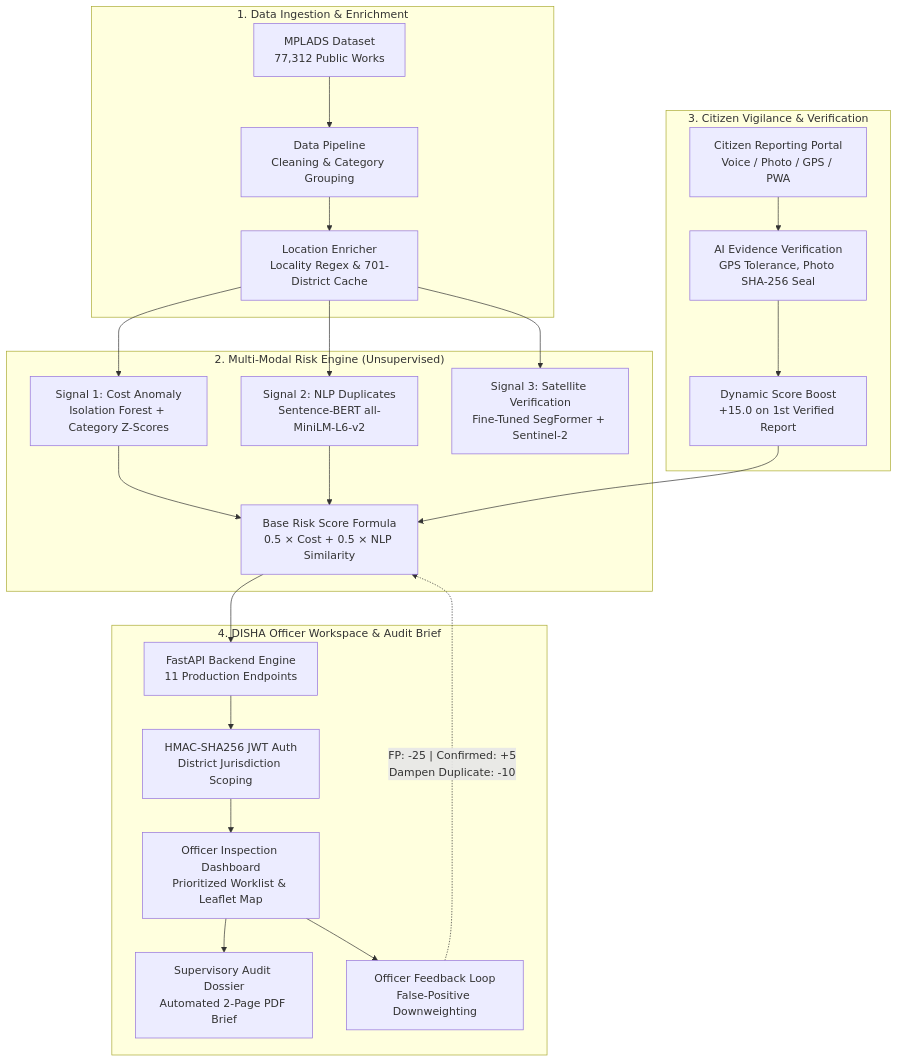
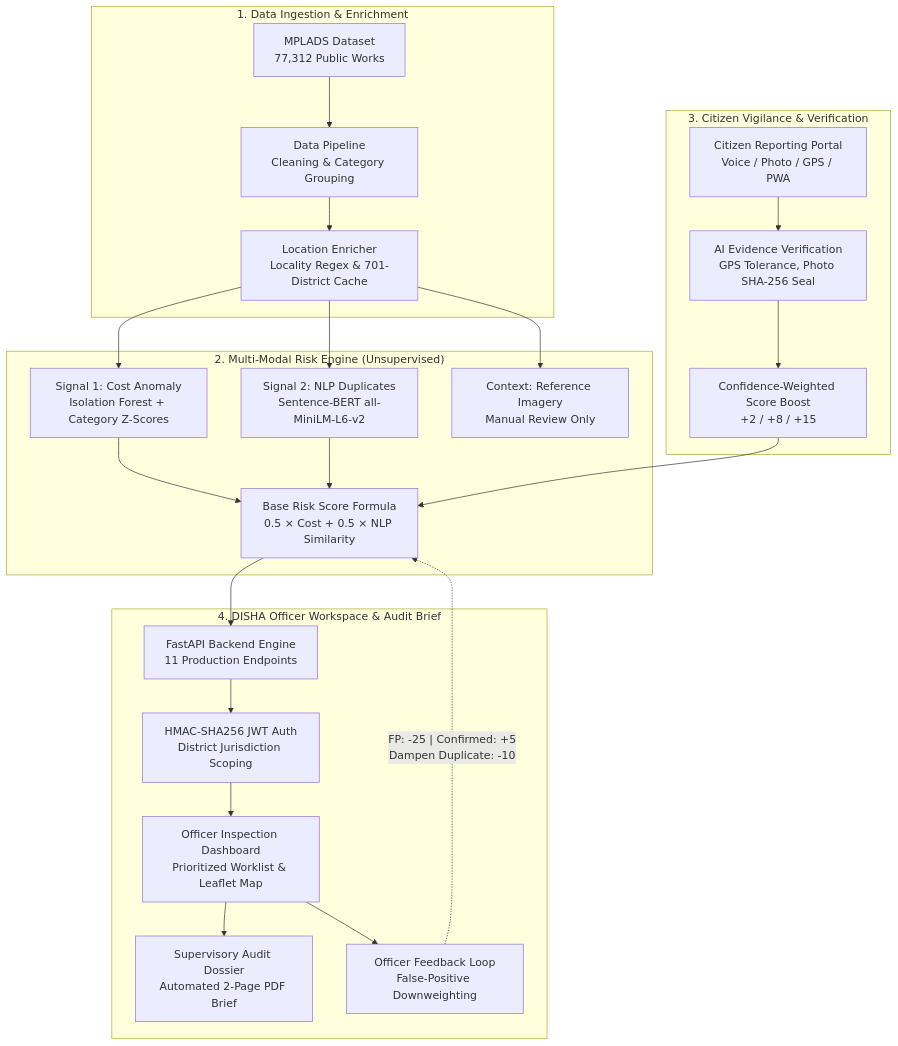
Before and after one commit to buildbysushdev/SIH26012-NEURAL-NOVA-: the first of 4 diagrams in README.md, drawn with Mermaid. The commit also changed other lines of this file and 48 other files, not shown here.

Commit message:
fix: harden SIH demo data flow

````diff
--- a/README.md
+++ b/README.md
@@ -27,31 +27,31 @@
 ```mermaid
 flowchart TD
     subgraph DataIngestion["1. Data Ingestion & Enrichment"]
         RAW["MPLADS Dataset\n77,312 Public Works"] --> CLEAN["Data Pipeline\nCleaning & Category Grouping"]
         CLEAN --> GEO["Location Enricher\nLocality Regex & 701-District Cache"]
     end
 
     subgraph ScoringEngine["2. Multi-Modal Risk Engine (Unsupervised)"]
         GEO --> S1["Signal 1: Cost Anomaly\nIsolation Forest + Category Z-Scores"]
         GEO --> S2["Signal 2: NLP Duplicates\nSentence-BERT all-MiniLM-L6-v2"]
-        GEO --> S3["Signal 3: Satellite Verification\nFine-Tuned SegFormer + Sentinel-2"]
+        GEO --> S3["Context: Reference Imagery\nManual Review Only"]
         
         S1 & S2 --> BASE["Base Risk Score Formula\n0.5 × Cost + 0.5 × NLP Similarity"]
     end
 
     subgraph CitizenEvidence["3. Citizen Vigilance & Verification"]
         CP["Citizen Reporting Portal\nVoice / Photo / GPS / PWA"] --> PIPE["AI Evidence Verification\nGPS Tolerance, Photo SHA-256 Seal"]
-        PIPE --> BOOST["Dynamic Score Boost\n+15.0 on 1st Verified Report"]
+        PIPE --> BOOST["Confidence-Weighted Score Boost\n+2 / +8 / +15"]
         BOOST --> BASE
     end
 
     subgraph OfficerWorkspace["4. DISHA Officer Workspace & Audit Brief"]
         BASE --> API["FastAPI Backend Engine\n11 Production Endpoints"]
         API --> AUTH["HMAC-SHA256 JWT Auth\nDistrict Jurisdiction Scoping"]
         AUTH --> DASH["Officer Inspection Dashboard\nPrioritized Worklist & Leaflet Map"]
         DASH --> PDF["Supervisory Audit Dossier\nAutomated 2-Page PDF Brief"]
         DASH --> FEED["Officer Feedback Loop\nFalse-Positive Downweighting"]
     end
 
     FEED -.->|"FP: -25 | Confirmed: +5\nDampen Duplicate: -10"| BASE
 ```
````
